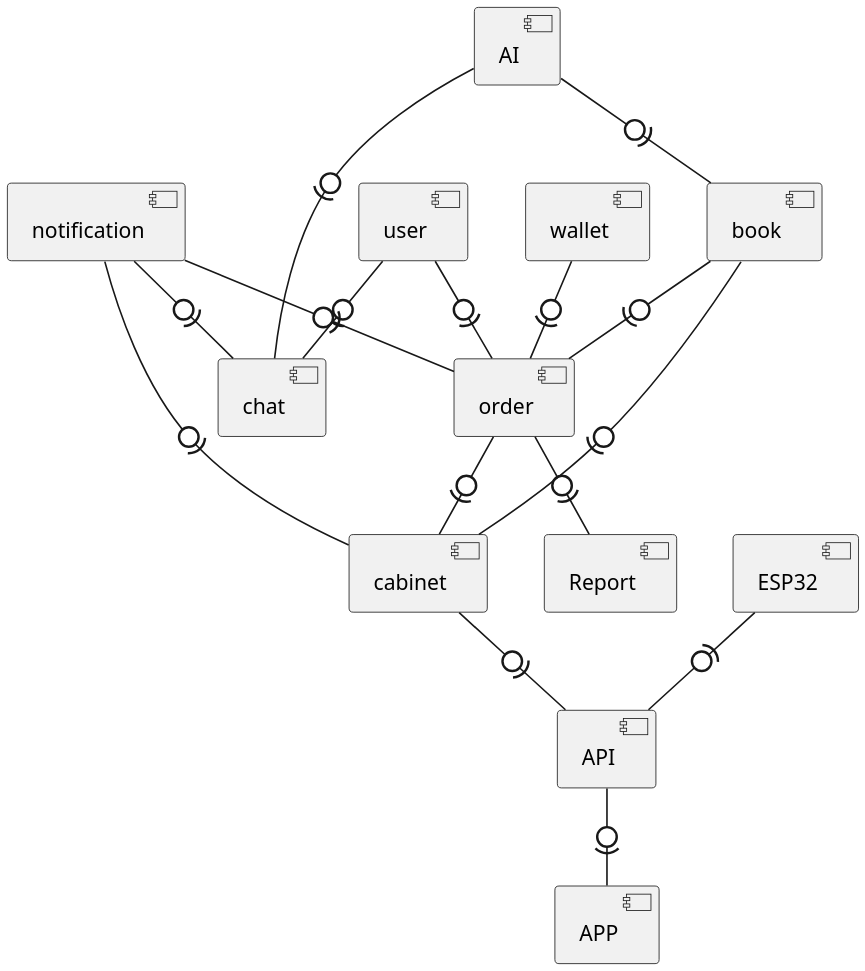
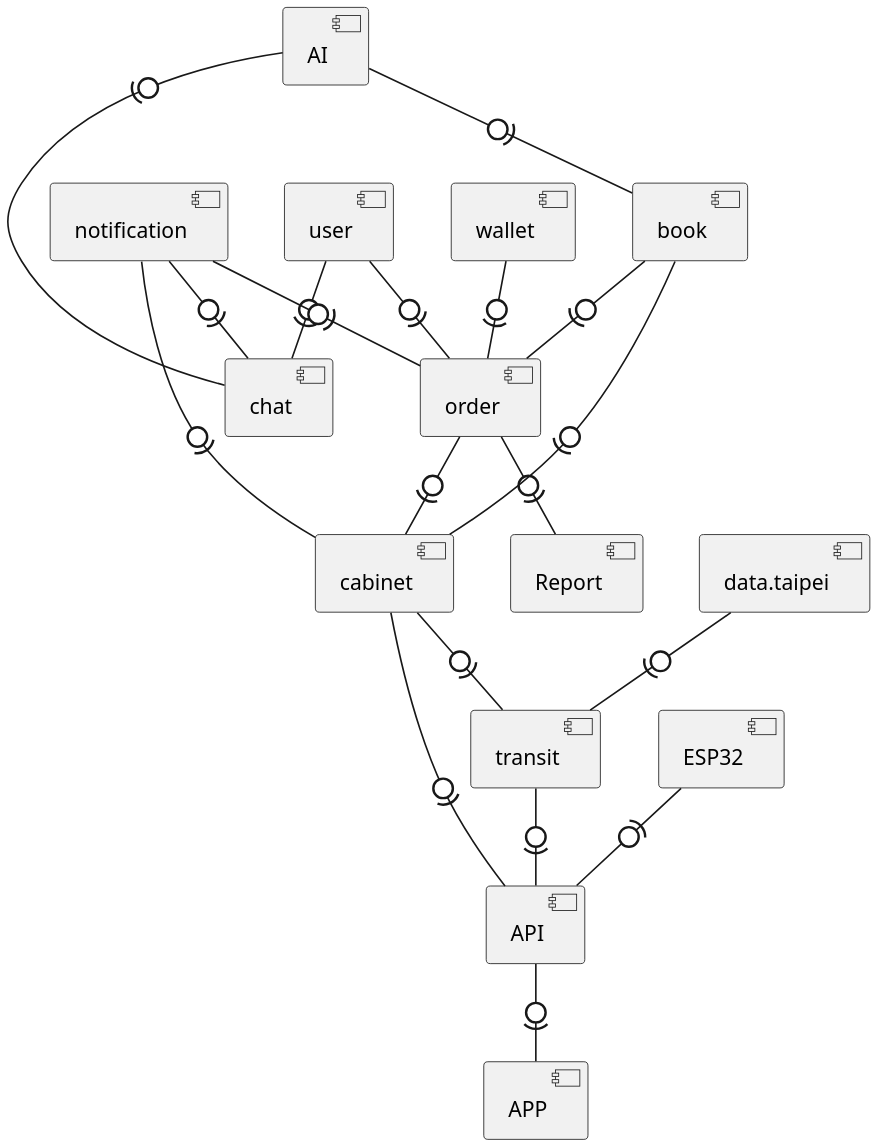
One commit to SaveMyBook/SaveMyBook changed the diagram in Diagrams/Component diagram/v3/component.puml. Above: the diagram before and after it, drawn with PlantUML. The commit also changed 47 other files, not shown here.

```diff
--- a/Diagrams/Component diagram/v3/component.puml
+++ b/Diagrams/Component diagram/v3/component.puml
@@ -1,37 +1,42 @@
 @startuml
 skinparam monochrome true
 skinparam shadowing false
 skinparam dpi 220
 skinparam defaultFontName "PingFang TC"
 skinparam defaultFontSize 13
 skinparam componentStyle uml2
 
 component book
 component order
 component wallet
 component Report
 component user
 component chat
 component notification
 component AI
 component cabinet
+component transit
+component "data.taipei" as opendata
 component ESP32
 component API
 component APP
 
 book -0)- order
 order -0)- Report
 wallet -0)- order
 user -0)- order
 user -0)- chat
 notification -0)- chat
 notification -0)- order
 AI -0)- book
 AI -0)- chat
 order -0)- cabinet
 book -0)- cabinet
 notification -0)- cabinet
 cabinet -0)- API
+cabinet -0)- transit
+opendata -0)- transit
+transit -0)- API
 ESP32 -(0- API
 API -0)- APP
 @enduml
```
